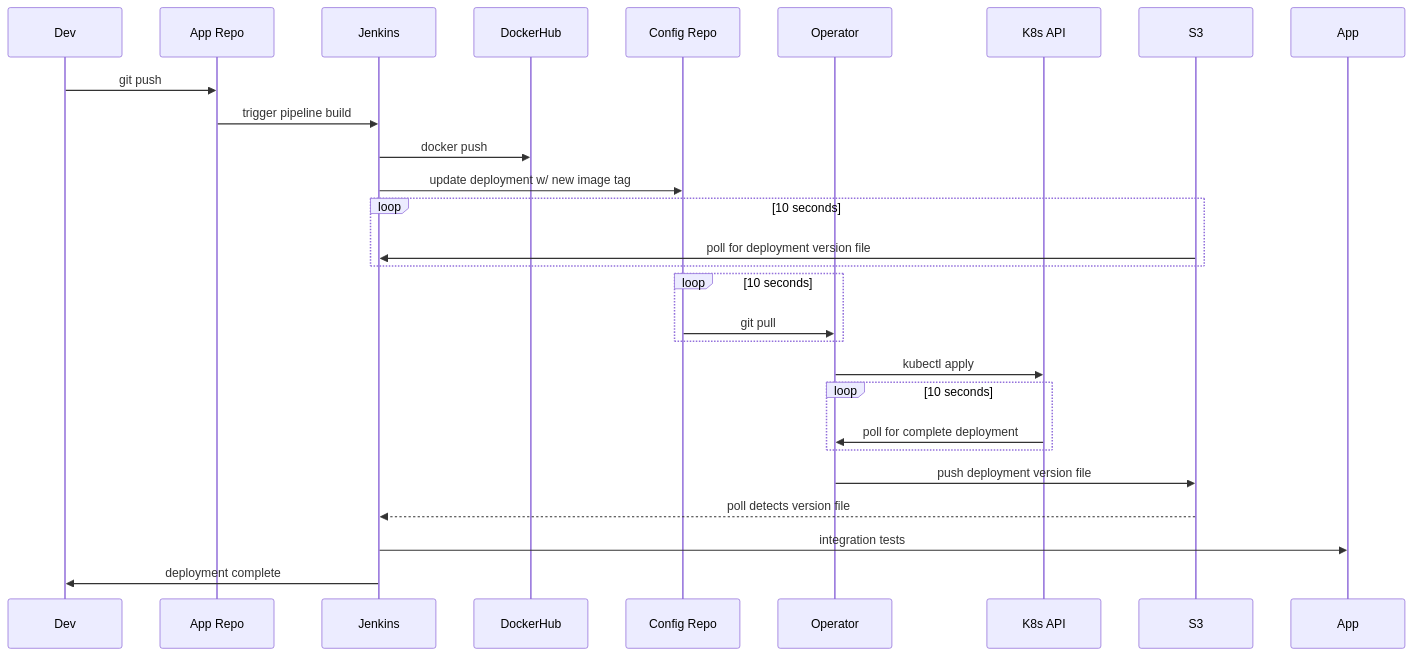
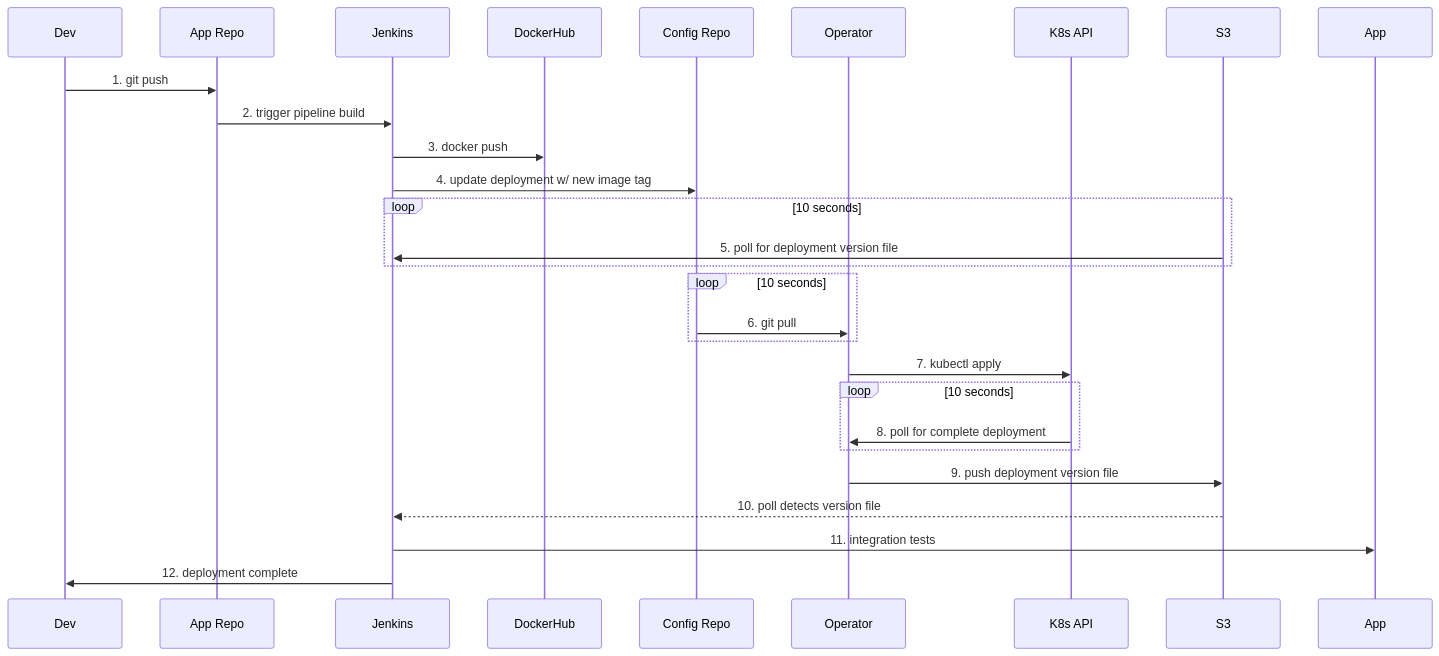
The diagram in docs/flow.mmd (mozmeao/git-sync-operator), drawn with Mermaid before and after one commit. The commit also changed 3 other files, not shown here.

```diff
--- a/docs/flow.mmd
+++ b/docs/flow.mmd
@@ -1,29 +1,29 @@
 sequenceDiagram
     participant Dev
     participant App Repo
     participant Jenkins
     participant DockerHub
     participant Config Repo
     participant Operator
     participant K8s API
     participant S3
     participant App
 
-    Dev->>App Repo: git push
-    App Repo->>Jenkins: trigger pipeline build
-    Jenkins->>DockerHub: docker push
-    Jenkins->>Config Repo: update deployment w/ new image tag
+    Dev->>App Repo: 1. git push
+    App Repo->>Jenkins: 2. trigger pipeline build
+    Jenkins->>DockerHub: 3. docker push
+    Jenkins->>Config Repo: 4. update deployment w/ new image tag
     loop 10 seconds
-        S3->>Jenkins: poll for deployment version file
+        S3->>Jenkins: 5. poll for deployment version file
     end
     loop 10 seconds    
-        Config Repo->>Operator: git pull
+        Config Repo->>Operator: 6. git pull
     end
-    Operator->>K8s API: kubectl apply
+    Operator->>K8s API: 7. kubectl apply
     loop 10 seconds
-        K8s API->>Operator: poll for complete deployment
+        K8s API->>Operator: 8. poll for complete deployment
     end
-    Operator->>S3: push deployment version file
-    S3-->>Jenkins: poll detects version file
-    Jenkins->>App: integration tests
-    Jenkins->>Dev: deployment complete
+    Operator->>S3: 9. push deployment version file
+    S3-->>Jenkins: 10. poll detects version file
+    Jenkins->>App: 11. integration tests
+    Jenkins->>Dev: 12. deployment complete
```
